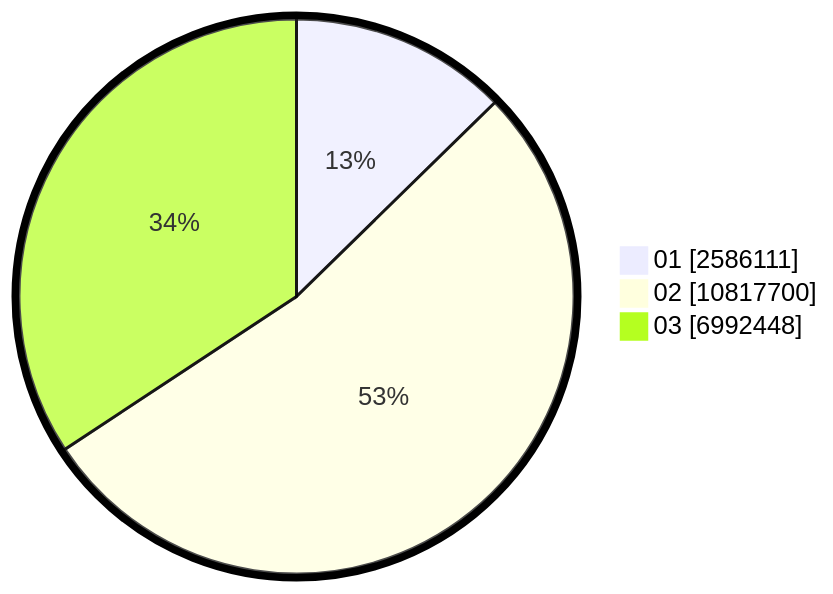
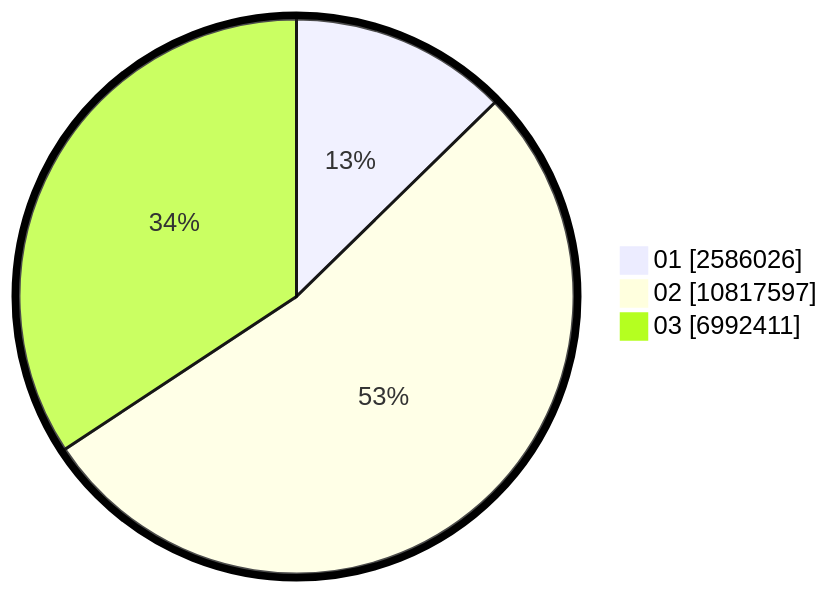
One commit to gigit-pemilu/pemilu-2024 changed the second of 2 diagrams in pilpres/hitung-suara/sub/table-wilayah-33.md. Above: the diagram before and after it, drawn with Mermaid. The commit also changed other lines of this file and 5 other files, not shown here.

````diff
--- a/pilpres/hitung-suara/sub/table-wilayah-33.md
+++ b/pilpres/hitung-suara/sub/table-wilayah-33.md
@@ -15,7 +15,7 @@
 ```mermaid
 %%{init: {"pie": {"textPosition": 0.5}, "themeVariables": {"pieOuterStrokeWidth": "5px"}} }%%
 pie showData
-    "01" : 2586111
-    "02" : 10817700
-    "03" : 6992448
+    "01" : 2586026
+    "02" : 10817597
+    "03" : 6992411
 ```
````
